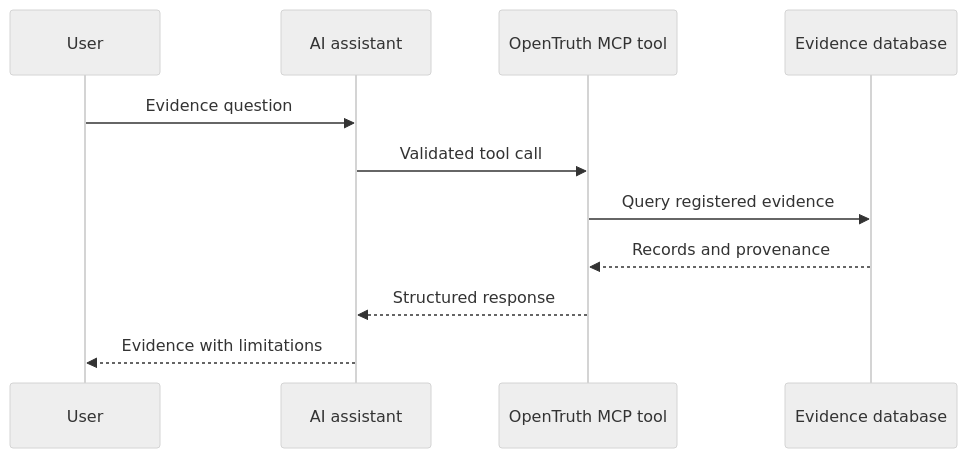
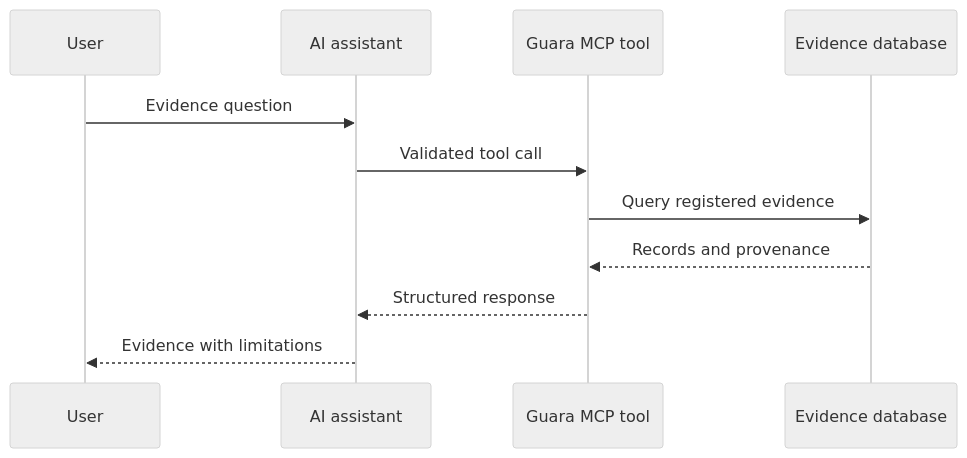
Before and after one commit to fredsevmartins/Guara: the diagram in docs/workflows/mcp-interaction.md, drawn with Mermaid (neutral theme). The commit also changed 33 other files, not shown here.

````diff
--- a/docs/workflows/mcp-interaction.md
+++ b/docs/workflows/mcp-interaction.md
@@ -3,13 +3,13 @@
 ```mermaid
 sequenceDiagram
     participant User
     participant Assistant as AI assistant
-    participant MCP as OpenTruth MCP tool
+    participant MCP as Guara MCP tool
     participant DB as Evidence database
     User->>Assistant: Evidence question
     Assistant->>MCP: Validated tool call
     MCP->>DB: Query registered evidence
     DB-->>MCP: Records and provenance
     MCP-->>Assistant: Structured response
     Assistant-->>User: Evidence with limitations
 ```
````
